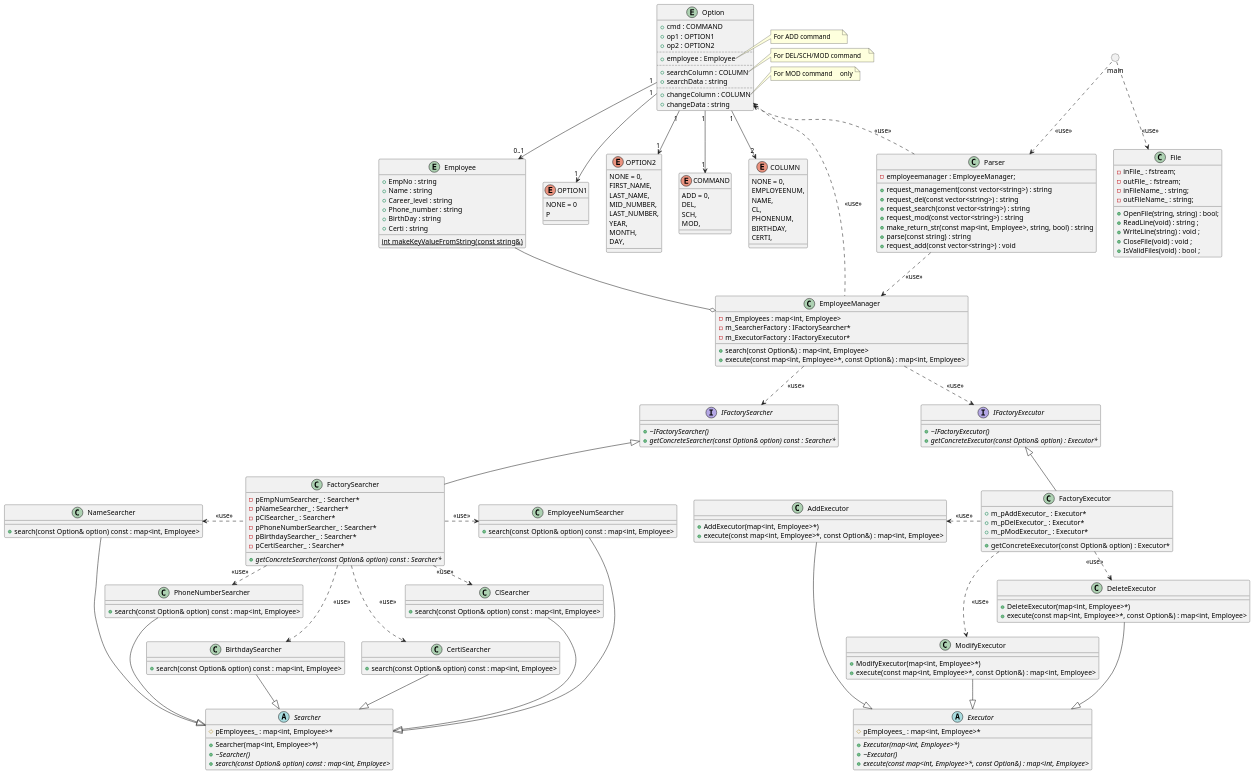
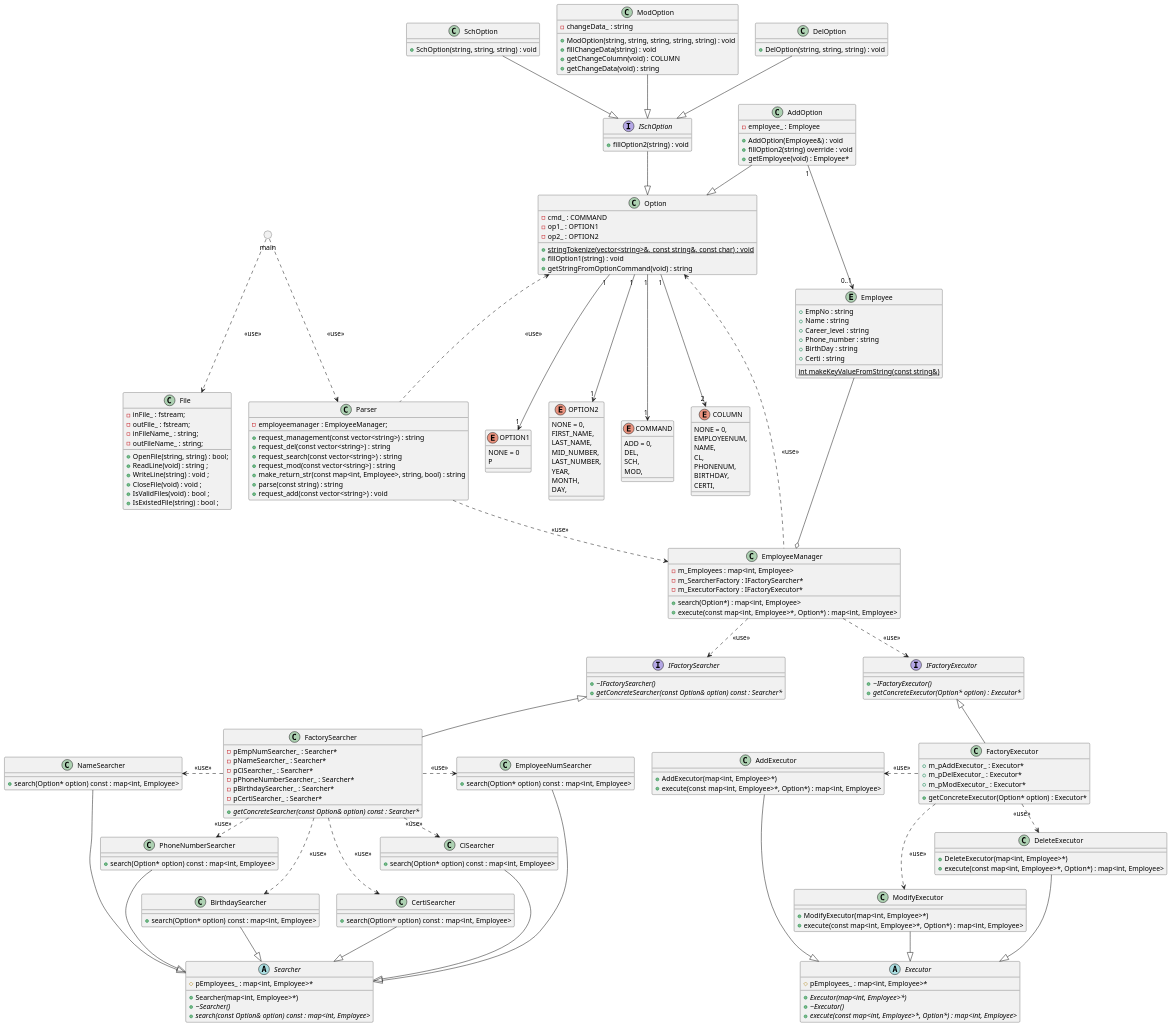
One commit to HanSyngha/GreatCodeReviewer changed the diagram in GCR Project/refactoring_em.puml. Above: the diagram before and after it, drawn with PlantUML.

Commit message:
[UML] Option class 적용 상태로 업데이트

```diff
--- a/GCR Project/refactoring_em.puml
+++ b/GCR Project/refactoring_em.puml
@@ -11,6 +11,7 @@
 +WriteLine(string) : void ; 
 +CloseFile(void) : void ;
 +IsValidFiles(void) : bool ;
++IsExistedFile(string) : bool ;
 }
 
 class Parser {
@@ -28,8 +29,8 @@
 -m_Employees : map<int, Employee>
 -m_SearcherFactory : IFactorySearcher*
 -m_ExecutorFactory : IFactoryExecutor*
-+search(const Option&) : map<int, Employee>
-+execute(const map<int, Employee>*, const Option&) : map<int, Employee>
++search(Option*) : map<int, Employee>
++execute(const map<int, Employee>*, Option*) : map<int, Employee>
 }
 
 entity Employee {
@@ -41,6 +42,7 @@
 +Certi : string
 {static} int makeKeyValueFromString(const string&)
 }
+
 
 enum OPTION1 {
 NONE = 0
@@ -75,28 +77,48 @@
 CERTI,
 }
 
-entity Option {
-+cmd : COMMAND
-+op1 : OPTION1
-+op2 : OPTION2
-..
-+employee : Employee
-..
-+searchColumn : COLUMN
-+searchData : string
-..
-+changeColumn : COLUMN
-+changeData : string
+class Option {
+-cmd_ : COMMAND
+-op1_ : OPTION1
+-op2_ : OPTION2
++{static}stringTokenize(vector<string>&, const string&, const char) : void
++fillOption1(string) : void
++getStringFromOptionCommand(void) : string
 }
-note right of Option::"employee"
-	For ADD command	
-end note
-note right of Option::"searchColumn"
-	For DEL/SCH/MOD command	
-end note
-note right of Option::"changeColumn"
-	For MOD command	only
-end note
+
+class AddOption {
+-employee_ : Employee
++AddOption(Employee&) : void
++fillOption2(string) override : void
++getEmployee(void) : Employee*
+}
+
+interface ISchOption {
++fillOption2(string) : void
+}
+
+class SchOption {
++SchOption(string, string, string) : void
+}
+
+class ModOption {
+-changeData_ : string
++ModOption(string, string, string, string, string) : void
++fillChangeData(string) : void
++getChangeColumn(void) : COLUMN
++getChangeData(void) : string
+}
+
+class DelOption {
++DelOption(string, string, string) : void
+}
+
+AddOption --|> Option
+ISchOption --|> Option
+SchOption --|> ISchOption
+ModOption --|> ISchOption
+DelOption --|> ISchOption
+
 
 interface IFactorySearcher {
 +{abstract}~IFactorySearcher()
@@ -115,7 +137,6 @@
 
 IFactorySearcher <|-- FactorySearcher
 
-
 abstract class Searcher {
 #pEmployees_ : map<int, Employee>*
 +Searcher(map<int, Employee>*)
@@ -124,27 +145,27 @@
 }
 
 class EmployeeNumSearcher {
-+search(const Option& option) const : map<int, Employee>
++search(Option* option) const : map<int, Employee>
 }
 
 class NameSearcher {
-+search(const Option& option) const : map<int, Employee>
++search(Option* option) const : map<int, Employee>
 }
 
 class ClSearcher {
-+search(const Option& option) const : map<int, Employee>
++search(Option* option) const : map<int, Employee>
 }
 
 class PhoneNumberSearcher {
-+search(const Option& option) const : map<int, Employee>
++search(Option* option) const : map<int, Employee>
 }
 
 class BirthdaySearcher {
-+search(const Option& option) const : map<int, Employee>
++search(Option* option) const : map<int, Employee>
 }
 
 class CertiSearcher {
-+search(const Option& option) const : map<int, Employee>
++search(Option* option) const : map<int, Employee>
 }
 
 EmployeeNumSearcher --|> Searcher
@@ -163,14 +184,14 @@
 
 interface IFactoryExecutor {
 +{abstract}~IFactoryExecutor()
-+{abstract}getConcreteExecutor(const Option& option) : Executor*
++{abstract}getConcreteExecutor(Option* option) : Executor*
 }
 
 class FactoryExecutor {
 +m_pAddExecutor_ : Executor*
 +m_pDelExecutor_ : Executor*
 +m_pModExecutor_ : Executor*
-+getConcreteExecutor(const Option& option) : Executor*
++getConcreteExecutor(Option* option) : Executor*
 }
 
 IFactoryExecutor <|-- FactoryExecutor
@@ -179,22 +200,22 @@
 #pEmployees_ : map<int, Employee>*
 +{abstract}Executor(map<int, Employee>*) 
 +{abstract}~Executor()
-+{abstract}execute(const map<int, Employee>*, const Option&) : map<int, Employee>
++{abstract}execute(const map<int, Employee>*, Option*) : map<int, Employee>
 }
 
 class AddExecutor {
 +AddExecutor(map<int, Employee>*)
-+execute(const map<int, Employee>*, const Option&) : map<int, Employee>
++execute(const map<int, Employee>*, Option*) : map<int, Employee>
 }
 
 class DeleteExecutor {
 +DeleteExecutor(map<int, Employee>*)
-+execute(const map<int, Employee>*, const Option&) : map<int, Employee>
++execute(const map<int, Employee>*, Option*) : map<int, Employee>
 }
 
 class ModifyExecutor {
 +ModifyExecutor(map<int, Employee>*)
-+execute(const map<int, Employee>*, const Option&) : map<int, Employee>
++execute(const map<int, Employee>*, Option*) : map<int, Employee>
 }
 
 AddExecutor --|> Executor
@@ -211,7 +232,7 @@
 Option "1"-->"1" OPTION1
 Option "1"-->"1" OPTION2 
 Option "1"-->"1" COMMAND 
-Option "1"-->"0..1" Employee
+AddOption "1"-->"0..1" Employee
 Option "1"-->"2" COLUMN
 
 Parser ..> EmployeeManager : <<use>>
```
